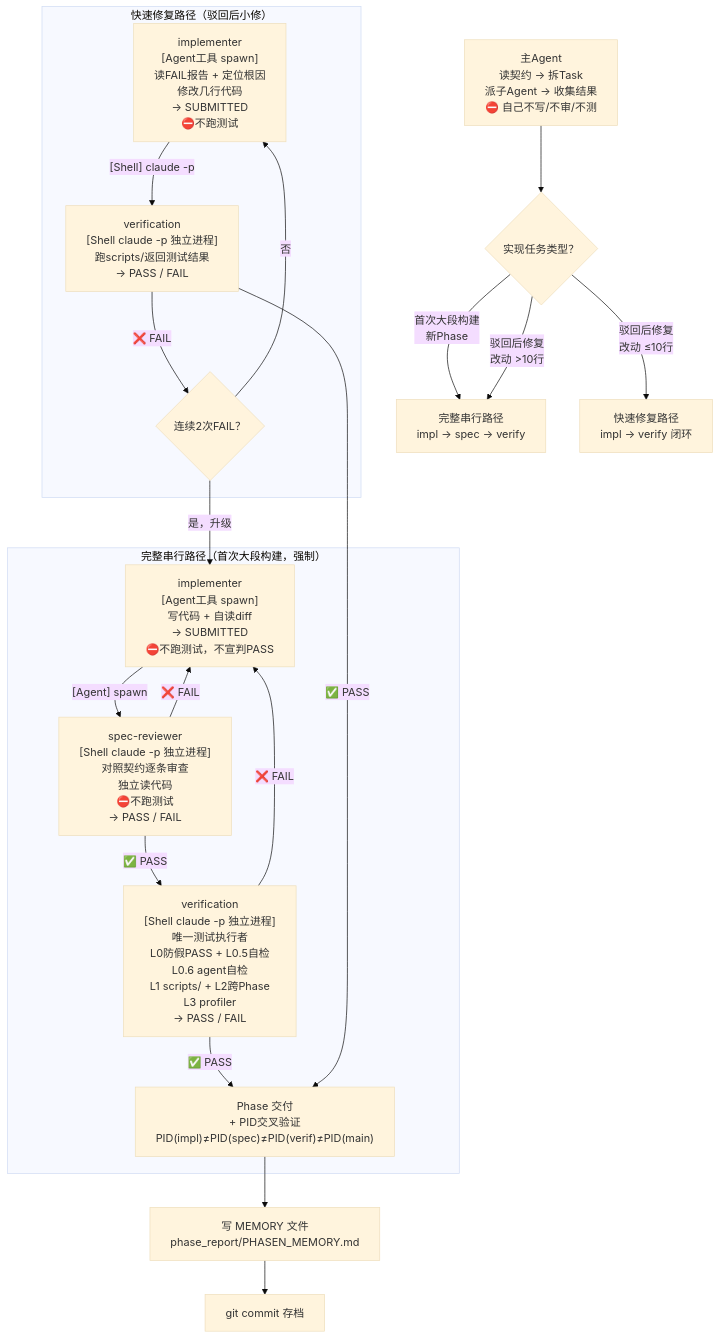
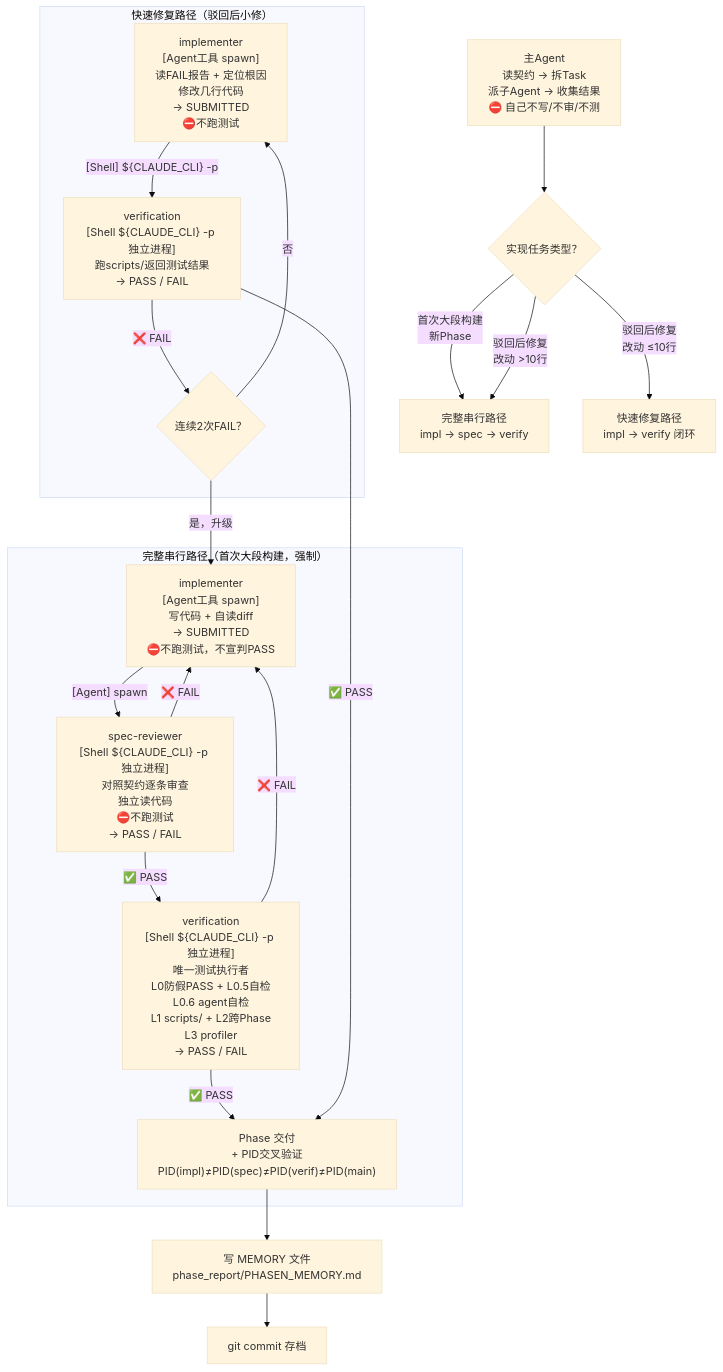
The sixth of 10 diagrams in PROJECT_FLOW_MERMAID.md (MetaInfer/MetaInfer), drawn with Mermaid (base theme) before and after one commit. The commit also changed other lines of this file and 56 other files, not shown here.

````diff
--- a/PROJECT_FLOW_MERMAID.md
+++ b/PROJECT_FLOW_MERMAID.md
@@ -318,36 +318,36 @@
 ```mermaid
 flowchart TD
     MAIN["主Agent<br/>读契约 → 拆Task<br/>派子Agent → 收集结果<br/>⛔ 自己不写/不审/不测"]
     
     MAIN --> TRACK_SELECT{"实现任务类型？"}
     
     TRACK_SELECT -->|"首次大段构建<br/>新Phase"| FULL["完整串行路径<br/>impl → spec → verify"]
     TRACK_SELECT -->|"驳回后修复<br/>改动 ≤10行"| FAST["快速修复路径<br/>impl → verify 闭环"]
     TRACK_SELECT -->|"驳回后修复<br/>改动 >10行"| FULL
     
     subgraph FULL_TRACK["完整串行路径（首次大段构建，强制）"]
         F_IMPL["implementer<br/>[Agent工具 spawn]<br/>写代码 + 自读diff<br/>→ SUBMITTED<br/>⛔不跑测试，不宣判PASS"]
-        F_SPEC["spec-reviewer<br/>[Shell claude -p 独立进程]<br/>对照契约逐条审查<br/>独立读代码<br/>⛔不跑测试<br/>→ PASS / FAIL"]
-        F_VERIF["verification<br/>[Shell claude -p 独立进程]<br/>唯一测试执行者<br/>L0防假PASS + L0.5自检<br/>L0.6 agent自检<br/>L1 scripts/ + L2跨Phase<br/>L3 profiler<br/>→ PASS / FAIL"]
+        F_SPEC["spec-reviewer<br/>[Shell ${CLAUDE_CLI} -p 独立进程]<br/>对照契约逐条审查<br/>独立读代码<br/>⛔不跑测试<br/>→ PASS / FAIL"]
+        F_VERIF["verification<br/>[Shell ${CLAUDE_CLI} -p 独立进程]<br/>唯一测试执行者<br/>L0防假PASS + L0.5自检<br/>L0.6 agent自检<br/>L1 scripts/ + L2跨Phase<br/>L3 profiler<br/>→ PASS / FAIL"]
         
         F_IMPL -->|"[Agent] spawn"| F_SPEC
         F_SPEC -->|"✅ PASS"| F_VERIF
         F_SPEC -->|"❌ FAIL"| F_IMPL
         F_VERIF -->|"✅ PASS"| DELIVER["Phase 交付<br/>+ PID交叉验证<br/>PID(impl)≠PID(spec)≠PID(verif)≠PID(main)"]
         F_VERIF -->|"❌ FAIL"| F_IMPL
     end
     
     subgraph FAST_TRACK["快速修复路径（驳回后小修）"]
         FAST_IMPL["implementer<br/>[Agent工具 spawn]<br/>读FAIL报告 + 定位根因<br/>修改几行代码<br/>→ SUBMITTED<br/>⛔不跑测试"]
-        FAST_VERIF["verification<br/>[Shell claude -p 独立进程]<br/>跑scripts/返回测试结果<br/>→ PASS / FAIL"]
+        FAST_VERIF["verification<br/>[Shell ${CLAUDE_CLI} -p 独立进程]<br/>跑scripts/返回测试结果<br/>→ PASS / FAIL"]
         
-        FAST_IMPL -->|"[Shell] claude -p"| FAST_VERIF
+        FAST_IMPL -->|"[Shell] ${CLAUDE_CLI} -p"| FAST_VERIF
         FAST_VERIF -->|"✅ PASS"| DELIVER
         FAST_VERIF -->|"❌ FAIL"| FAST_RETRY{"连续2次FAIL？"}
         FAST_RETRY -->|"否"| FAST_IMPL
         FAST_RETRY -->|"是，升级"| F_IMPL
     end
     
     DELIVER --> MEMORY["写 MEMORY 文件<br/>phase_report/PHASEN_MEMORY.md"]
     MEMORY --> GIT["git commit 存档"]
 ```
````
